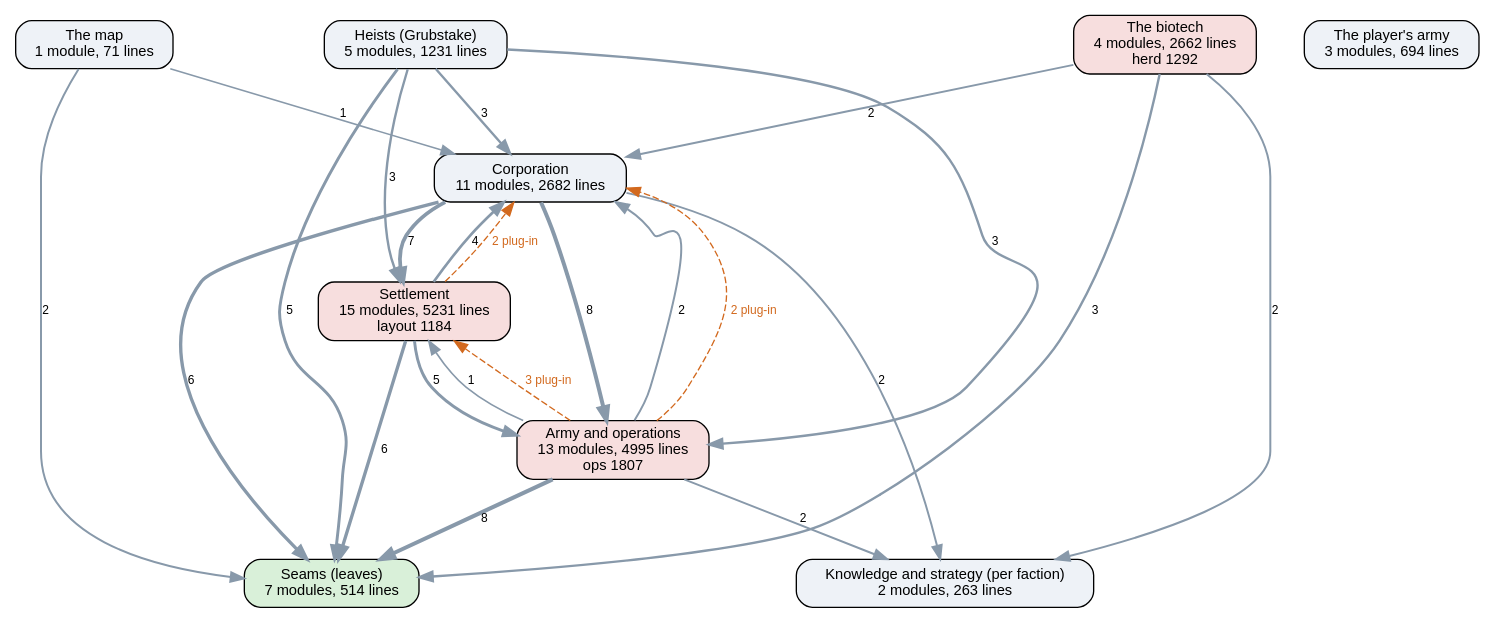
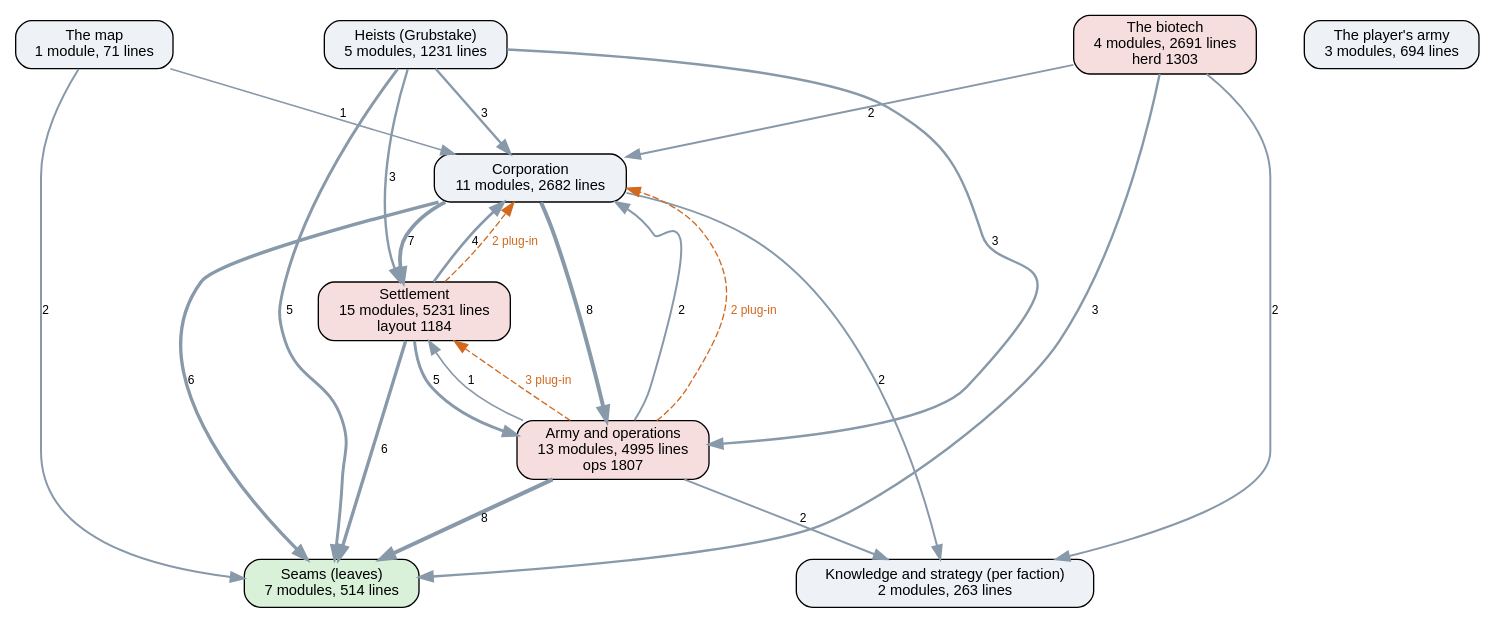
The diagram in docs/ai-layers.dot (kinelhu/landing-party), drawn with Graphviz before and after one commit. The commit also changed 11 other files, not shown here.

```diff
--- a/docs/ai-layers.dot
+++ b/docs/ai-layers.dot
@@ -1,37 +1,37 @@
 digraph layers {
   graph [rankdir=TB, fontname="Helvetica", nodesep=0.5, ranksep=0.7];
   node [shape=box, style="rounded,filled", fontname="Helvetica", fontsize=11, fillcolor="#eef2f7"];
   edge [color="#8899aa", fontname="Helvetica", fontsize=9];
   "Seams (leaves)" [label="Seams (leaves)\n7 modules, 514 lines", fillcolor="#d9f0d9"];
   "Knowledge and strategy (per faction)" [label="Knowledge and strategy (per faction)\n2 modules, 263 lines", fillcolor="#eef2f7"];
   "Corporation" [label="Corporation\n11 modules, 2682 lines", fillcolor="#eef2f7"];
   "Settlement" [label="Settlement\n15 modules, 5231 lines\nlayout 1184", fillcolor="#f7dede"];
   "Army and operations" [label="Army and operations\n13 modules, 4995 lines\nops 1807", fillcolor="#f7dede"];
   "Heists (Grubstake)" [label="Heists (Grubstake)\n5 modules, 1231 lines", fillcolor="#eef2f7"];
-  "The biotech" [label="The biotech\n4 modules, 2662 lines\nherd 1292", fillcolor="#f7dede"];
+  "The biotech" [label="The biotech\n4 modules, 2691 lines\nherd 1303", fillcolor="#f7dede"];
   "The map" [label="The map\n1 module, 71 lines", fillcolor="#eef2f7"];
   "The player's army" [label="The player's army\n3 modules, 694 lines", fillcolor="#eef2f7"];
   "Army and operations" -> "Corporation" [label="2", penwidth=1.5];
   "Army and operations" -> "Knowledge and strategy (per faction)" [label="2", penwidth=1.5];
   "Army and operations" -> "Seams (leaves)" [label="8", penwidth=3.0];
   "Army and operations" -> "Settlement" [label="1", penwidth=1.2];
   "Corporation" -> "Army and operations" [label="8", penwidth=3.0];
   "Corporation" -> "Knowledge and strategy (per faction)" [label="2", penwidth=1.5];
   "Corporation" -> "Seams (leaves)" [label="6", penwidth=2.5];
   "Corporation" -> "Settlement" [label="7", penwidth=2.8];
   "Heists (Grubstake)" -> "Army and operations" [label="3", penwidth=1.8];
   "Heists (Grubstake)" -> "Corporation" [label="3", penwidth=1.8];
   "Heists (Grubstake)" -> "Seams (leaves)" [label="5", penwidth=2.2];
   "Heists (Grubstake)" -> "Settlement" [label="3", penwidth=1.8];
   "Settlement" -> "Army and operations" [label="5", penwidth=2.2];
   "Settlement" -> "Corporation" [label="4", penwidth=2.0];
   "Settlement" -> "Seams (leaves)" [label="6", penwidth=2.5];
   "The biotech" -> "Corporation" [label="2", penwidth=1.5];
   "The biotech" -> "Knowledge and strategy (per faction)" [label="2", penwidth=1.5];
   "The biotech" -> "Seams (leaves)" [label="3", penwidth=1.8];
   "The map" -> "Corporation" [label="1", penwidth=1.2];
   "The map" -> "Seams (leaves)" [label="2", penwidth=1.5];
   "Army and operations" -> "Corporation" [style=dashed, color="#d2691e", fontcolor="#d2691e", label="2 plug-in"];
   "Army and operations" -> "Settlement" [style=dashed, color="#d2691e", fontcolor="#d2691e", label="3 plug-in"];
   "Settlement" -> "Corporation" [style=dashed, color="#d2691e", fontcolor="#d2691e", label="2 plug-in"];
 }
```
